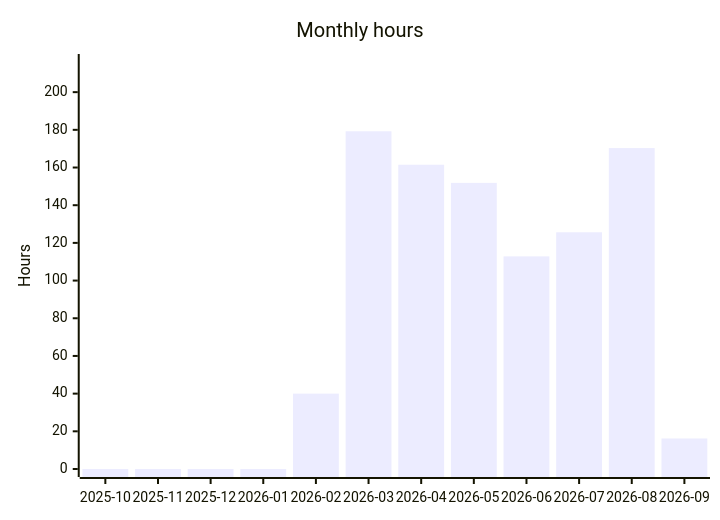
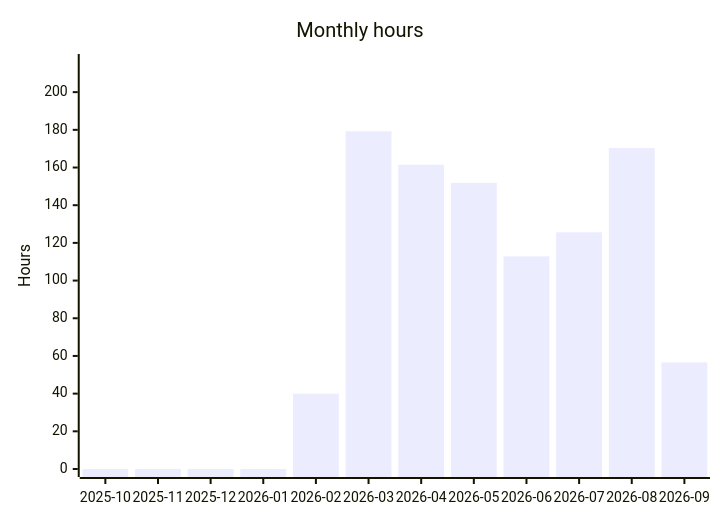
Before and after one commit to albinforsberg-netizen/timeclock: the fourth of 5 diagrams in README.org, drawn with Mermaid. The commit also changed other lines of this file, not shown here.

```diff
--- a/README.org
+++ b/README.org
@@ -121,7 +121,7 @@
 #+begin_src mermaid
 xychart-beta
     title "Monthly hours"
     x-axis ["2025-10", "2025-11", "2025-12", "2026-01", "2026-02", "2026-03", "2026-04", "2026-05", "2026-06", "2026-07", "2026-08", "2026-09"]
     y-axis "Hours" 0 --> 216
-    bar [0.00, 0.00, 0.00, 0.00, 40.00, 179.23, 161.48, 151.86, 112.85, 125.64, 170.32, 16.20]
+    bar [0.00, 0.00, 0.00, 0.00, 40.00, 179.23, 161.48, 151.86, 112.85, 125.64, 170.32, 56.57]
 #+end_src
```
